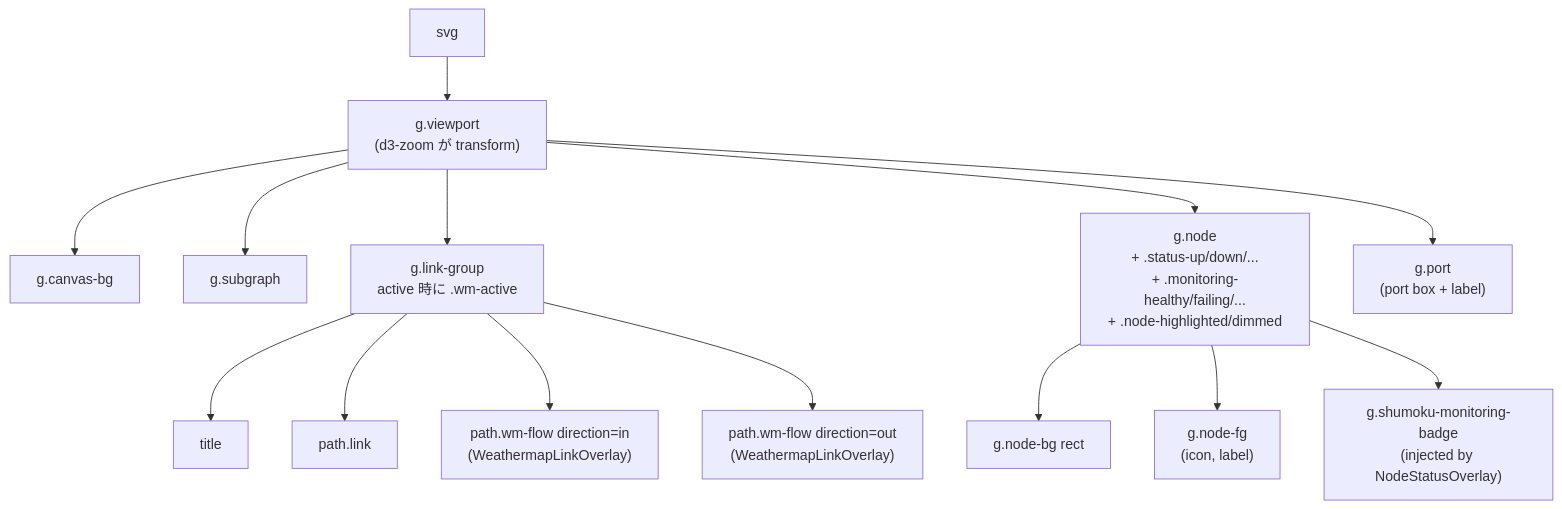
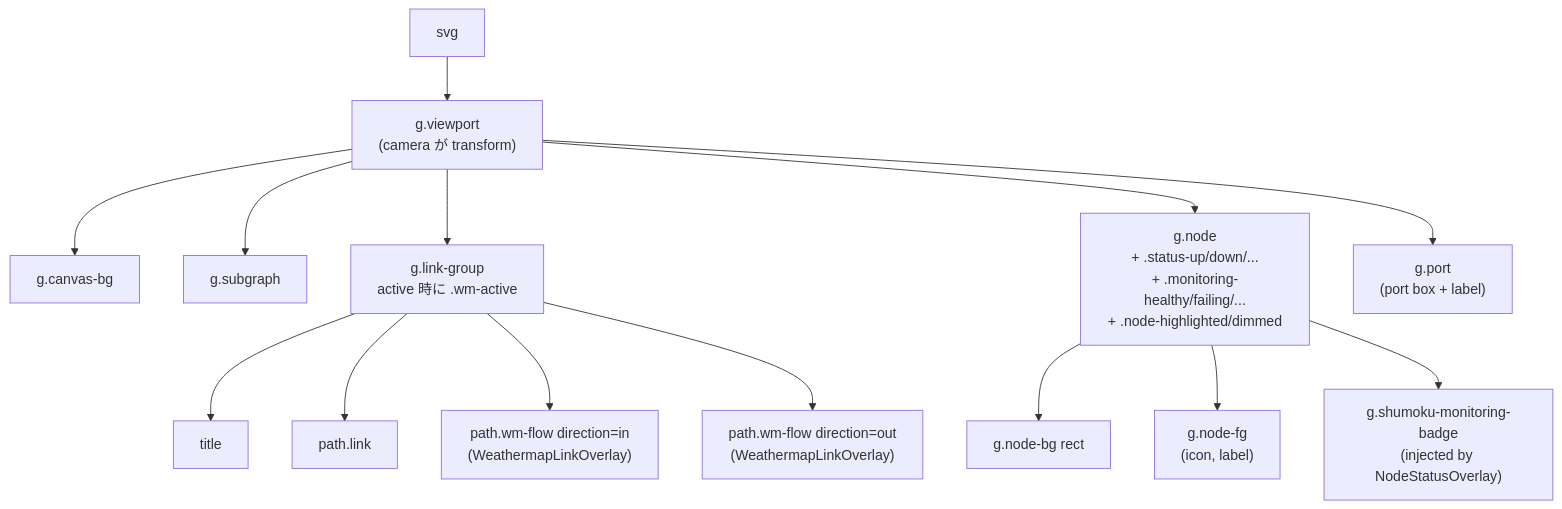
The third of 6 diagrams in apps/server/docs/topology-rendering.md (konoe-akitoshi/shumoku), drawn with Mermaid before and after one commit. The commit also changed other lines of this file and 15 other files, not shown here.

````diff
--- a/apps/server/docs/topology-rendering.md
+++ b/apps/server/docs/topology-rendering.md
@@ -366,31 +366,31 @@
 ```mermaid
 flowchart TD
   SVG["svg"]
-  VP["g.viewport<br/>(d3-zoom が transform)"]
+  VP["g.viewport<br/>(camera が transform)"]
   CBG["g.canvas-bg"]
   SGS["g.subgraph"]
   LG["g.link-group<br/>active 時に .wm-active"]
   TT["title"]
   LK["path.link"]
   WMI["path.wm-flow direction=in<br/>(WeathermapLinkOverlay)"]
   WMO["path.wm-flow direction=out<br/>(WeathermapLinkOverlay)"]
   N["g.node<br/>+ .status-up/down/...<br/>+ .monitoring-healthy/failing/...<br/>+ .node-highlighted/dimmed"]
   NB["g.node-bg rect"]
   NF["g.node-fg<br/>(icon, label)"]
   MB["g.shumoku-monitoring-badge<br/>(injected by NodeStatusOverlay)"]
   P["g.port<br/>(port box + label)"]
 
   SVG --> VP
   VP --> CBG
   VP --> SGS
   VP --> LG
   LG --> TT
   LG --> LK
   LG --> WMI
   LG --> WMO
   VP --> N
   N --> NB
   N --> NF
   N --> MB
   VP --> P
 ```
````
